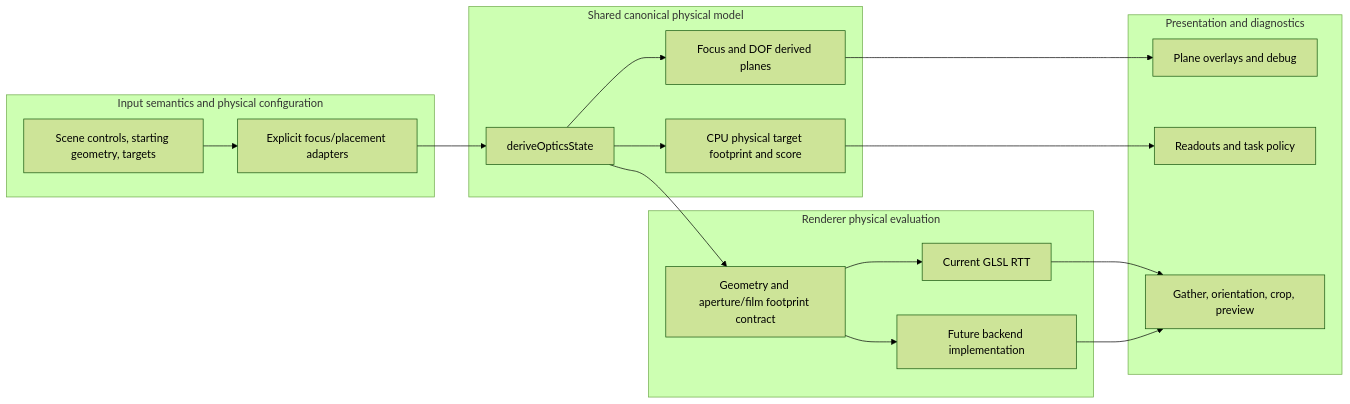
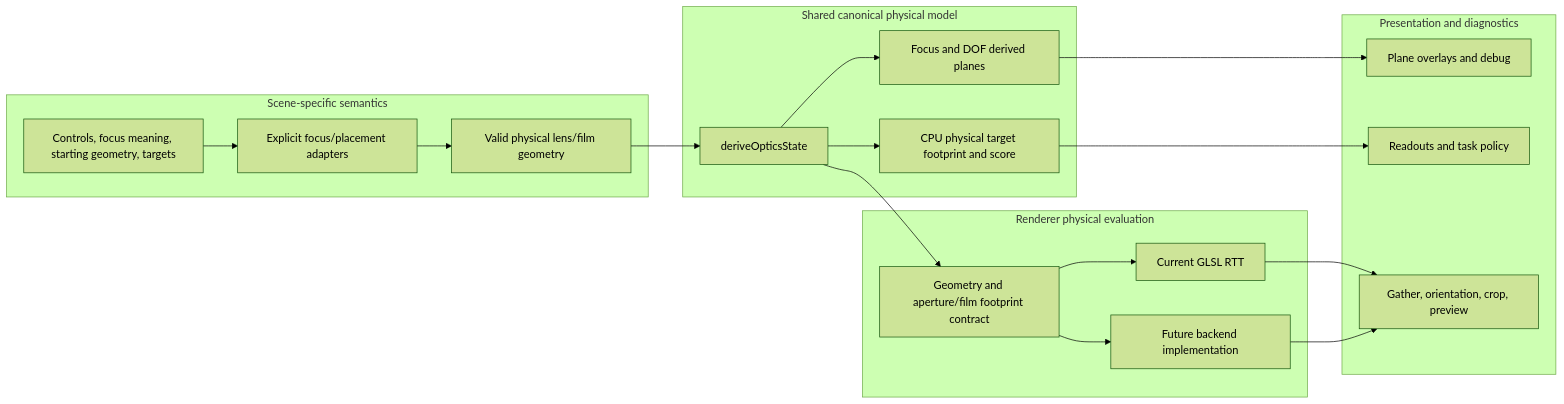
Before and after one commit to chau-hm/view-camera-simulator: the fourth of 4 diagrams in docs/DOF_FOCUS_PHYSICS_CONVERGENCE.md, drawn with Mermaid (forest theme). The commit also changed other lines of this file, not shown here.

Commit message:
docs: diagnose Mirror Shift focus conjugacy

```diff
--- a/docs/DOF_FOCUS_PHYSICS_CONVERGENCE.md
+++ b/docs/DOF_FOCUS_PHYSICS_CONVERGENCE.md
@@ -444,24 +506,24 @@
 ~~~mermaid
 flowchart LR
-  subgraph Input["Input semantics and physical configuration"]
-    SCENE["Scene controls, starting geometry, targets"]
+  subgraph Input["Scene-specific semantics"]
+    SCENE["Controls, focus meaning, starting geometry, targets"]
     ADAPTER["Explicit focus/placement adapters"]
-    SCENE --> ADAPTER
+    SCENE --> ADAPTER --> VALID["Valid physical lens/film geometry"]
   end
   subgraph Shared["Shared canonical physical model"]
-    ADAPTER --> CANON["deriveOpticsState"]
+    VALID --> CANON["deriveOpticsState"]
     CANON --> PLANES["Focus and DOF derived planes"]
     CANON --> SCORE["CPU physical target footprint and score"]
   end
   subgraph Backend["Renderer physical evaluation"]
     CANON --> CONTRACT["Geometry and aperture/film footprint contract"]
     CONTRACT --> RTT["Current GLSL RTT"]
     CONTRACT --> FUTURE["Future backend implementation"]
   end
   subgraph Display["Presentation and diagnostics"]
     PLANES --> OVERLAY["Plane overlays and debug"]
     SCORE --> TASK["Readouts and task policy"]
     RTT --> VIEW["Gather, orientation, crop, preview"]
     FUTURE --> VIEW
   end
 ~~~
```
